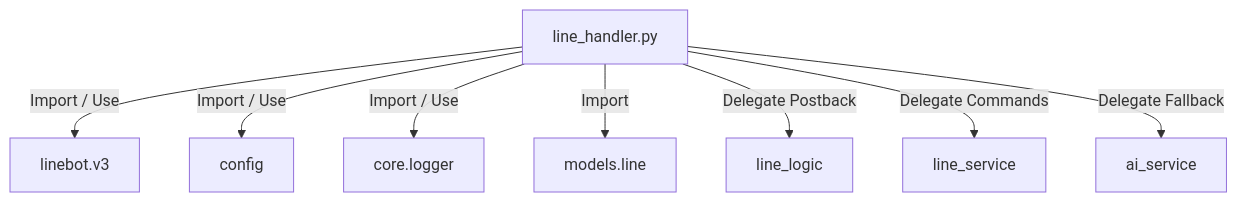
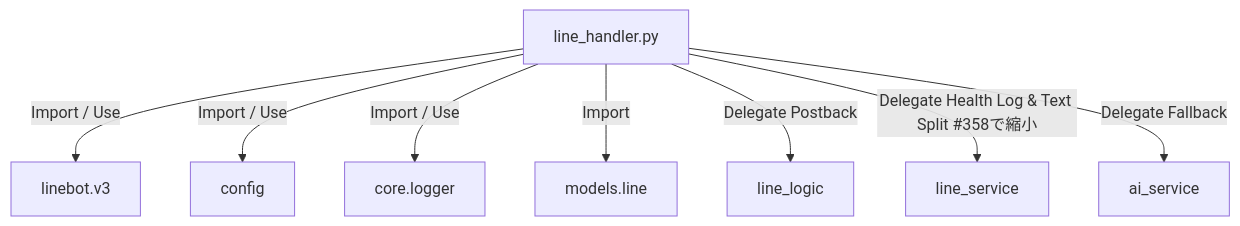
The second of 2 diagrams in docs/specifications/MY_HOME_SYSTEM/line_handler.md (mmtigers/my_python_project), drawn with Mermaid before and after one commit. The commit also changed other lines of this file and 27 other files, not shown here.

````diff
--- a/docs/specifications/MY_HOME_SYSTEM/line_handler.md
+++ b/docs/specifications/MY_HOME_SYSTEM/line_handler.md
@@ -375,25 +367,25 @@
 ```mermaid
 graph TD
     %% 内部モジュール
     LineHandler[line_handler.py]
     LineLogic[line_logic]
     LineService[line_service]
     AiService[ai_service]
     Config[config]
     CoreLogger[core.logger]
     ModelsLine[models.line]
     
     %% 外部ライブラリ
     LineBotV3[linebot.v3]
     
     %% 依存関係
     LineHandler -->|Import / Use| LineBotV3
     LineHandler -->|Import / Use| Config
     LineHandler -->|Import / Use| CoreLogger
     LineHandler -->|Import| ModelsLine
     
     LineHandler -->|Delegate Postback| LineLogic
-    LineHandler -->|Delegate Commands| LineService
+    LineHandler -->|Delegate Health Log & Text Split #358で縮小| LineService
     LineHandler -->|Delegate Fallback| AiService
 
 ```
````
